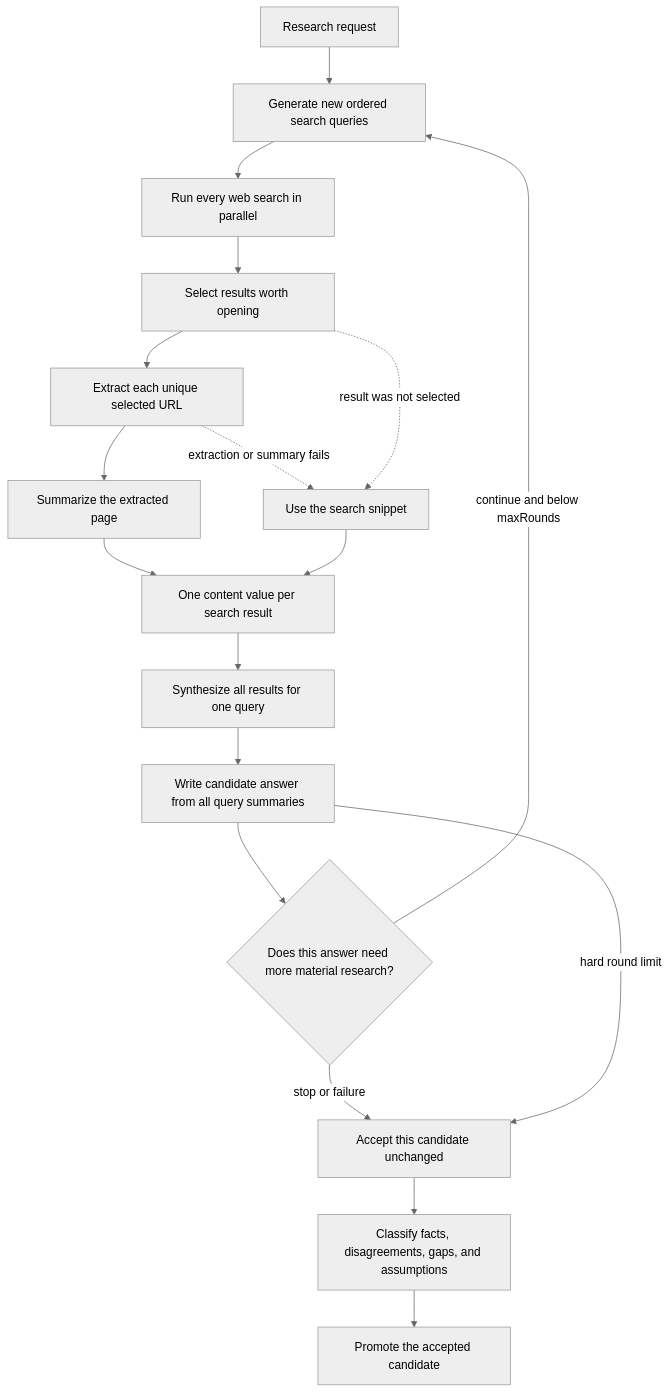
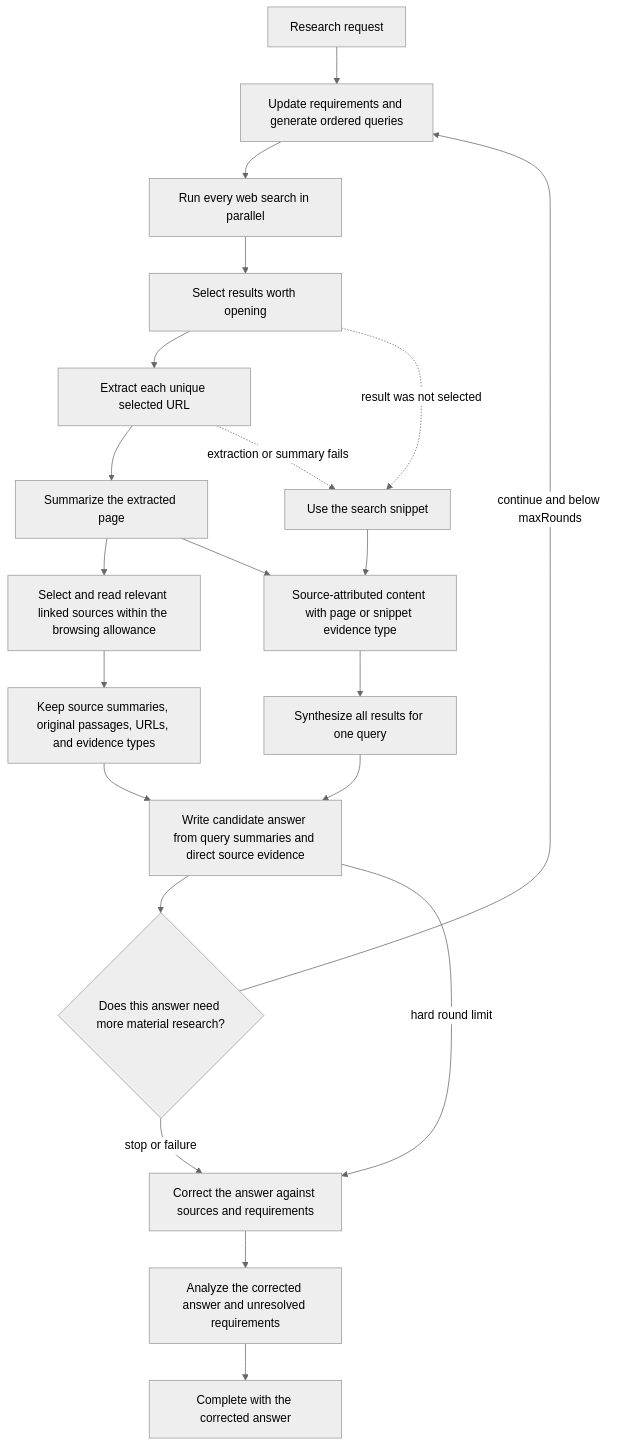
The diagram in src/api/routes/docs/deep-search-pipeline.md (florianherrengt/deep-search-debate), drawn with Mermaid (neutral theme) before and after one commit. The commit also changed other lines of this file and 103 other files, not shown here.

First line of the commit message:
feat: preserve evidence and pursue gaps in deep search

````diff
--- a/src/api/routes/docs/deep-search-pipeline.md
+++ b/src/api/routes/docs/deep-search-pipeline.md
@@ -16,20 +16,23 @@
 ```mermaid
 flowchart TD
-  request["Research request"] --> queries["Generate new ordered search queries"]
+  request["Research request"] --> queries["Update requirements and generate ordered queries"]
   queries --> search["Run every web search in parallel"]
   search --> select["Select results worth opening"]
   select --> extract["Extract each unique selected URL"]
   extract --> pageSummary["Summarize the extracted page"]
   extract -. "extraction or summary fails" .-> snippet["Use the search snippet"]
   select -. "result was not selected" .-> snippet
-  pageSummary --> evidence["One content value per search result"]
+  pageSummary --> linked["Select and read relevant linked sources within the browsing allowance"]
+  linked --> directEvidence["Keep source summaries, original passages, URLs, and evidence types"]
+  pageSummary --> evidence["Source-attributed content with page or snippet evidence type"]
   snippet --> evidence
   evidence --> querySummary["Synthesize all results for one query"]
-  querySummary --> candidate["Write candidate answer from all query summaries"]
+  querySummary --> candidate["Write candidate answer from query summaries and direct source evidence"]
+  directEvidence --> candidate
   candidate --> review{"Does this answer need more material research?"}
   review -- "continue and below maxRounds" --> queries
-  review -- "stop or failure" --> accepted["Accept this candidate unchanged"]
-  candidate -- "hard round limit" --> accepted
-  accepted --> analysis["Classify facts, disagreements, gaps, and assumptions"]
-  analysis --> finalAnswer["Promote the accepted candidate"]
+  review -- "stop or failure" --> correction["Correct the answer against sources and requirements"]
+  candidate -- "hard round limit" --> correction
+  correction --> analysis["Analyze the corrected answer and unresolved requirements"]
+  analysis --> finalAnswer["Complete with the corrected answer"]
 ```
````
